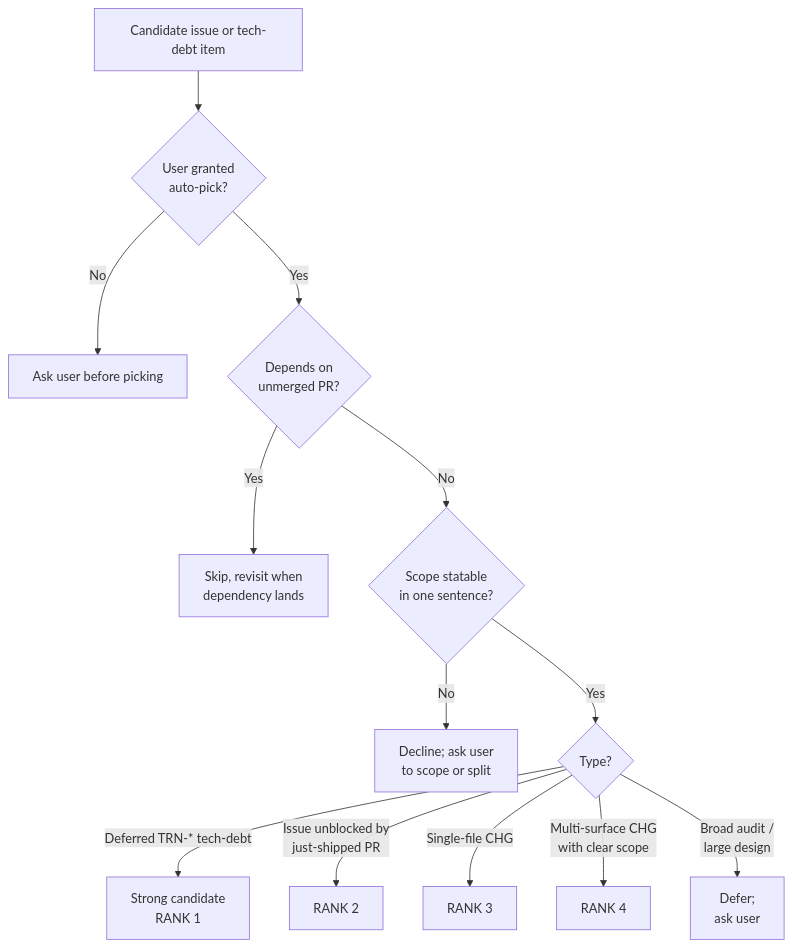
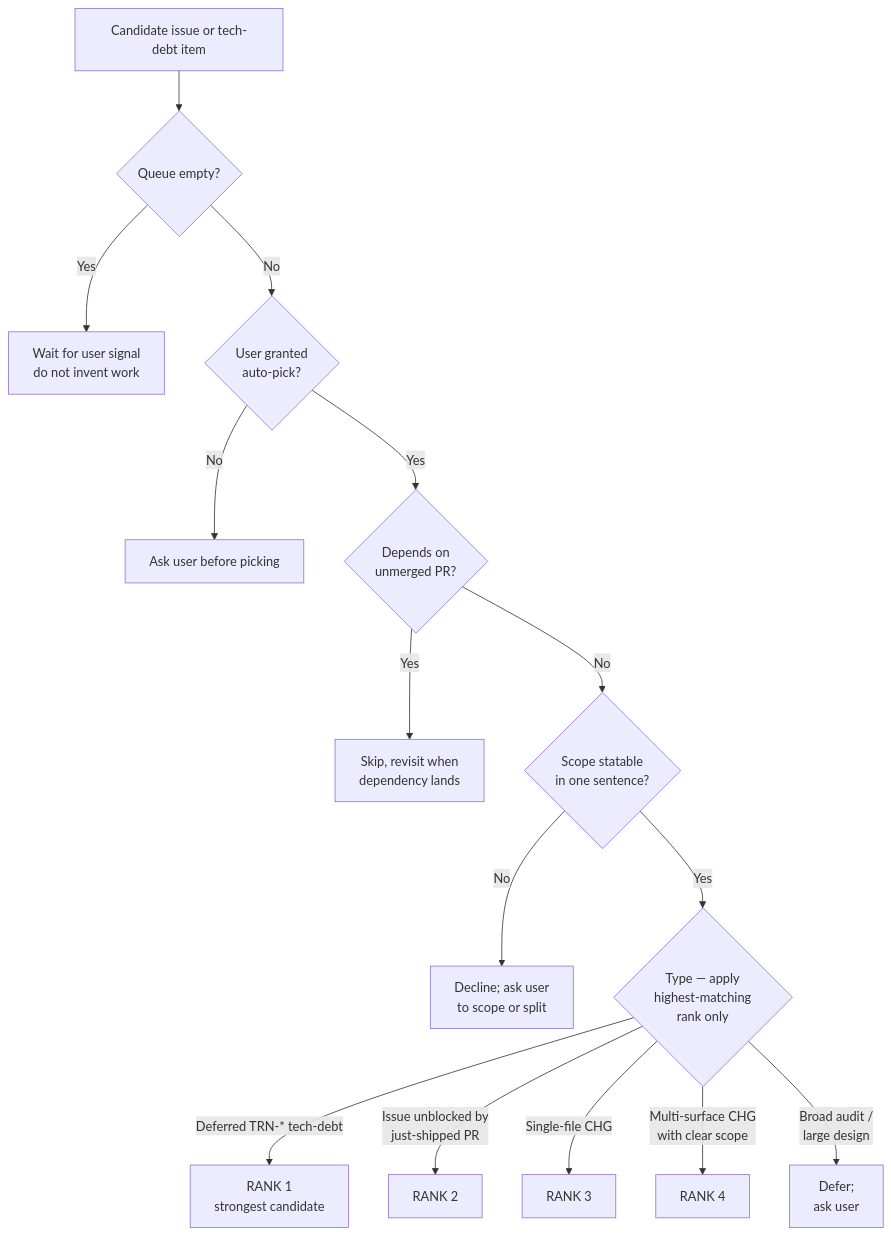
One commit to frankyxhl/trinity changed the first of 6 diagrams in rules/TRN-1008-SOP-Multi-Agent-Review-Loop.md. Above: the diagram before and after it, drawn with Mermaid. The commit also changed other lines of this file and 4 other files, not shown here.

````diff
--- a/rules/TRN-1008-SOP-Multi-Agent-Review-Loop.md
+++ b/rules/TRN-1008-SOP-Multi-Agent-Review-Loop.md
@@ -69,15 +69,17 @@
 ```mermaid
 flowchart TD
-    A[Candidate issue or tech-debt item] --> B{User granted<br/>auto-pick?}
+    A[Candidate issue or tech-debt item] --> Q{Queue empty?}
+    Q -- Yes --> Z0[Wait for user signal<br/>do not invent work]
+    Q -- No --> B{User granted<br/>auto-pick?}
     B -- No --> Z1[Ask user before picking]
     B -- Yes --> C{Depends on<br/>unmerged PR?}
     C -- Yes --> Z2[Skip, revisit when<br/>dependency lands]
     C -- No --> D{Scope statable<br/>in one sentence?}
     D -- No --> Z3[Decline; ask user<br/>to scope or split]
-    D -- Yes --> E{Type?}
-    E -- Deferred TRN-* tech-debt --> R1[Strong candidate<br/>RANK 1]
+    D -- Yes --> E{Type — apply<br/>highest-matching<br/>rank only}
+    E -- Deferred TRN-* tech-debt --> R1[RANK 1<br/>strongest candidate]
     E -- Issue unblocked by<br/>just-shipped PR --> R2[RANK 2]
     E -- Single-file CHG --> R3[RANK 3]
     E -- Multi-surface CHG<br/>with clear scope --> R4[RANK 4]
     E -- Broad audit /<br/>large design --> Z4[Defer;<br/>ask user]
 ```
````
